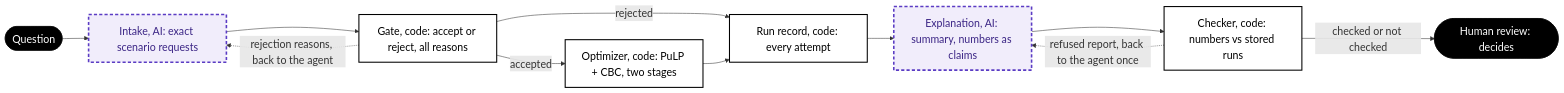
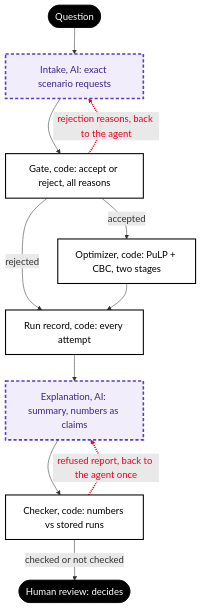
The diagram in README.md (ChuLion/happy_toad), drawn with Mermaid before and after one commit. The commit also changed other lines of this file, not shown here.

Commit message:
README diagram top-down so GitHub shows it at full text size; feedback arrows red
Left-to-right, GitHub scaled the nine boxes down until the text was tiny.

````diff
--- a/README.md
+++ b/README.md
@@ -19,20 +19,21 @@
 ```mermaid
-%%{init: {"themeVariables": {"fontSize": "20px"}}}%%
-flowchart LR
+%%{init: {"themeVariables": {"fontSize": "18px"}}}%%
+flowchart TD
     Q([Question]) --> I[Intake, AI: exact scenario requests]
     I --> G[Gate, code: accept or reject, all reasons]
     G -->|accepted| O[Optimizer, code: PuLP + CBC, two stages]
     G -->|rejected| R
     O --> R[Run record, code: every attempt]
     G -. rejection reasons, back to the agent .-> I
     R --> E[Explanation, AI: summary, numbers as claims]
     E --> C[Checker, code: numbers vs stored runs]
     C -. refused report, back to the agent once .-> E
     C -->|checked or not checked| H([Human review: decides])
     classDef ai fill:#f1edfb,stroke:#5b3cc4,stroke-width:3px,stroke-dasharray:6 4,color:#3b2585
     classDef code fill:#ffffff,stroke:#000000,stroke-width:2px,color:#000000
     classDef person fill:#000000,stroke:#000000,color:#ffffff
     class I,E ai
     class G,O,R,C code
     class Q,H person
+    linkStyle 5,8 stroke:#ee001e,stroke-width:3px,color:#ee001e
 ```
````
